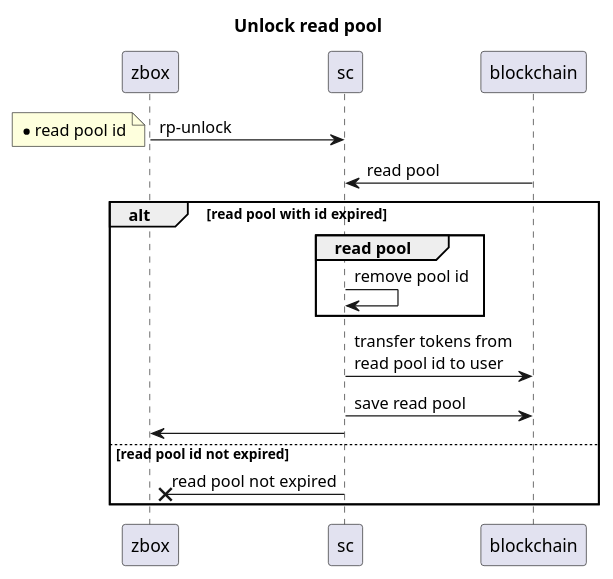
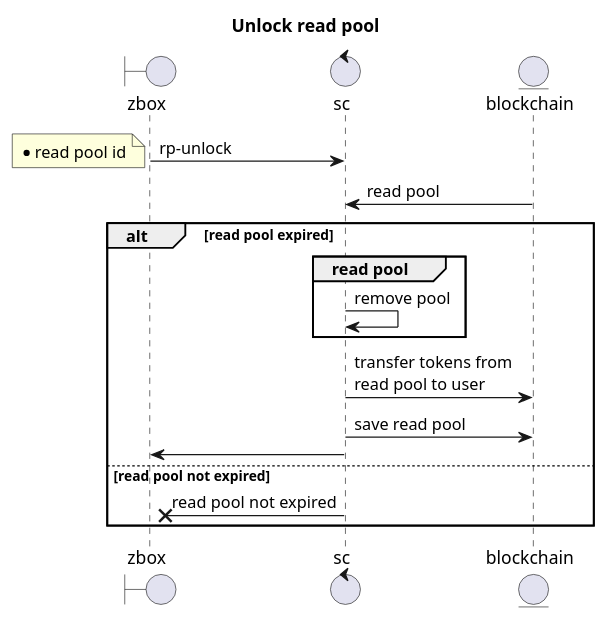
One commit to 0chain/zboxcli changed diagram 29 of 32 in documents/uml.md. Above: the diagram before and after it, drawn with PlantUML. The commit also changed 3 other files, not shown here.

````diff
--- a/documents/uml.md
+++ b/documents/uml.md
@@ -667,18 +667,21 @@
 ```puml
+boundary zbox
+control sc
+entity blockchain
 title Unlock read pool
 zbox -> sc : rp-unlock
 note left
     * read pool id
 end note 
 blockchain -> sc : read pool
-alt read pool with id expired
+alt read pool expired
     group read pool
-        sc -> sc : remove pool id
+        sc -> sc : remove pool
     end
-    sc -> blockchain : transfer tokens from\nread pool id to user
+    sc -> blockchain : transfer tokens from\nread pool to user
     sc -> blockchain : save read pool
     sc -> zbox
-else read pool id not expired
+else read pool not expired
     sc ->x zbox : read pool not expired
 end
 ```
````
